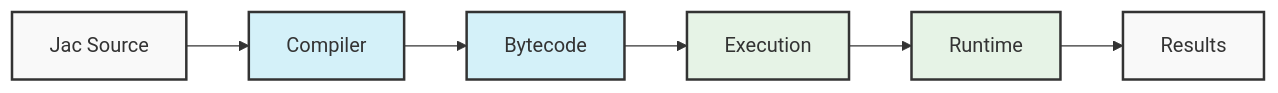
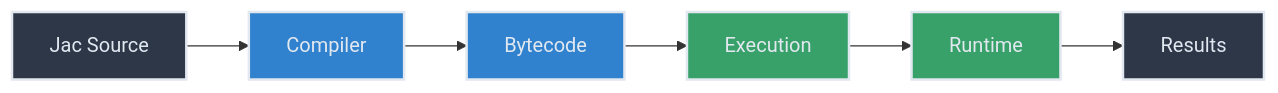
The first of 13 diagrams in jac/support/jac-lang.org/docs/for_contributors/internals.md (Jaseci-Labs/jaseci), drawn with Mermaid before and after one commit. The commit also changed other lines of this file, not shown here.

````diff
--- a/jac/support/jac-lang.org/docs/for_contributors/internals.md
+++ b/jac/support/jac-lang.org/docs/for_contributors/internals.md
@@ -14,15 +14,15 @@
 ```mermaid
 flowchart LR
     A[Jac Source] --> B[Compiler]
     B --> C[Bytecode]
     C --> D[Execution]
     D --> E[Runtime]
     E --> F[Results]
 
-    style A fill:#f9f9f9,stroke:#333,stroke-width:2px
-    style B fill:#d4f1f9,stroke:#333,stroke-width:2px
-    style C fill:#d4f1f9,stroke:#333,stroke-width:2px
-    style D fill:#e6f3e6,stroke:#333,stroke-width:2px
-    style E fill:#e6f3e6,stroke:#333,stroke-width:2px
-    style F fill:#f9f9f9,stroke:#333,stroke-width:2px
+    style A fill:#2d3748,stroke:#e2e8f0,stroke-width:2px,color:#e2e8f0
+    style B fill:#3182ce,stroke:#e2e8f0,stroke-width:2px,color:#e2e8f0
+    style C fill:#3182ce,stroke:#e2e8f0,stroke-width:2px,color:#e2e8f0
+    style D fill:#38a169,stroke:#e2e8f0,stroke-width:2px,color:#e2e8f0
+    style E fill:#38a169,stroke:#e2e8f0,stroke-width:2px,color:#e2e8f0
+    style F fill:#2d3748,stroke:#e2e8f0,stroke-width:2px,color:#e2e8f0
 ```
````
